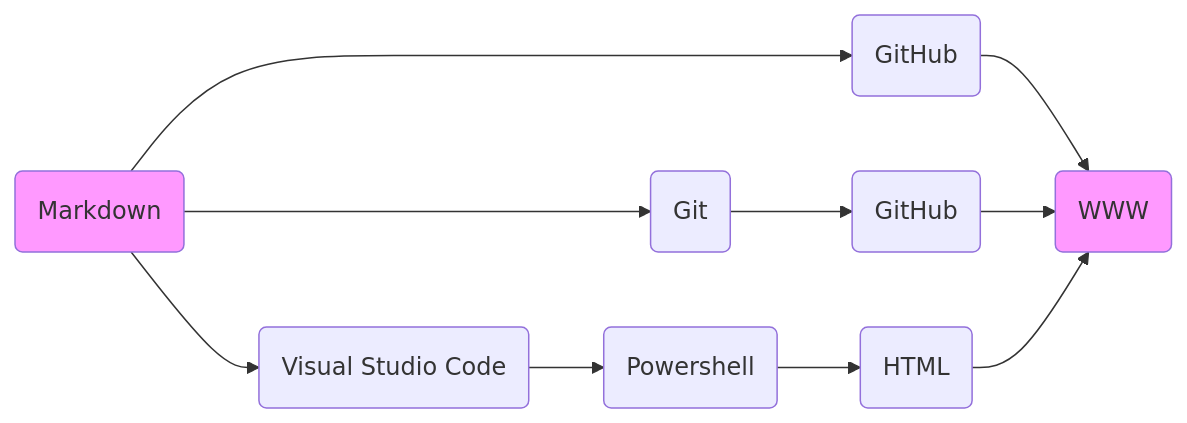
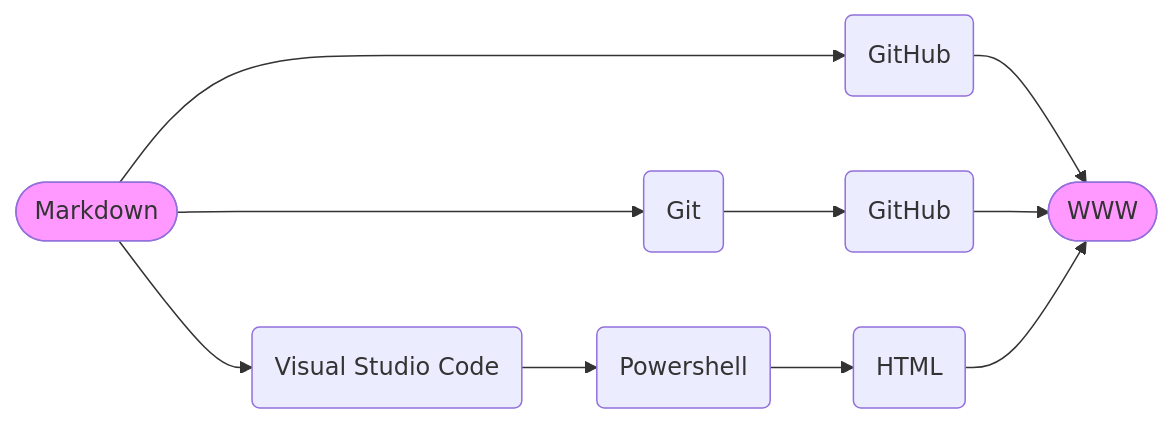
The diagram in README.md (phdonner/phdonner), drawn with Mermaid before and after one commit.

````diff
--- a/README.md
+++ b/README.md
@@ -35,16 +35,16 @@
 ```mermaid
 flowchart LR
-    id1(Markdown)
+    id1([Markdown])
     id2(GitHub)
-    id3(WWW)
+    id3([WWW])
     id4(Git)
     id5(GitHub)
     id6(Visual Studio Code)
     id7(Powershell)
     id8(HTML)
     id1-->id2-->id3;
     id1-->id4-->id5-->id3;
     id1-->id6-->id7-->id8-->id3;
 style id1 fill:#f9f;
 style id3 fill:#f9f;
 ```
````
